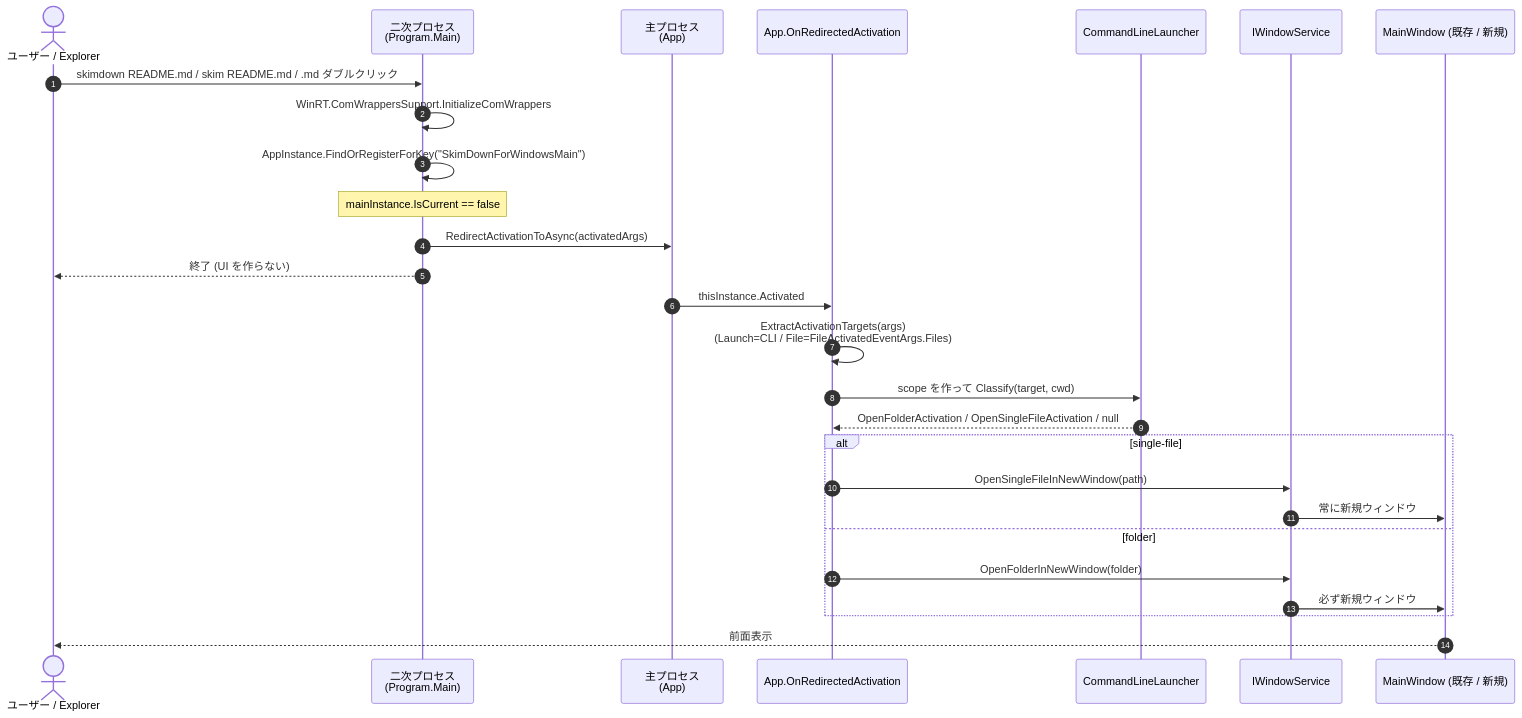
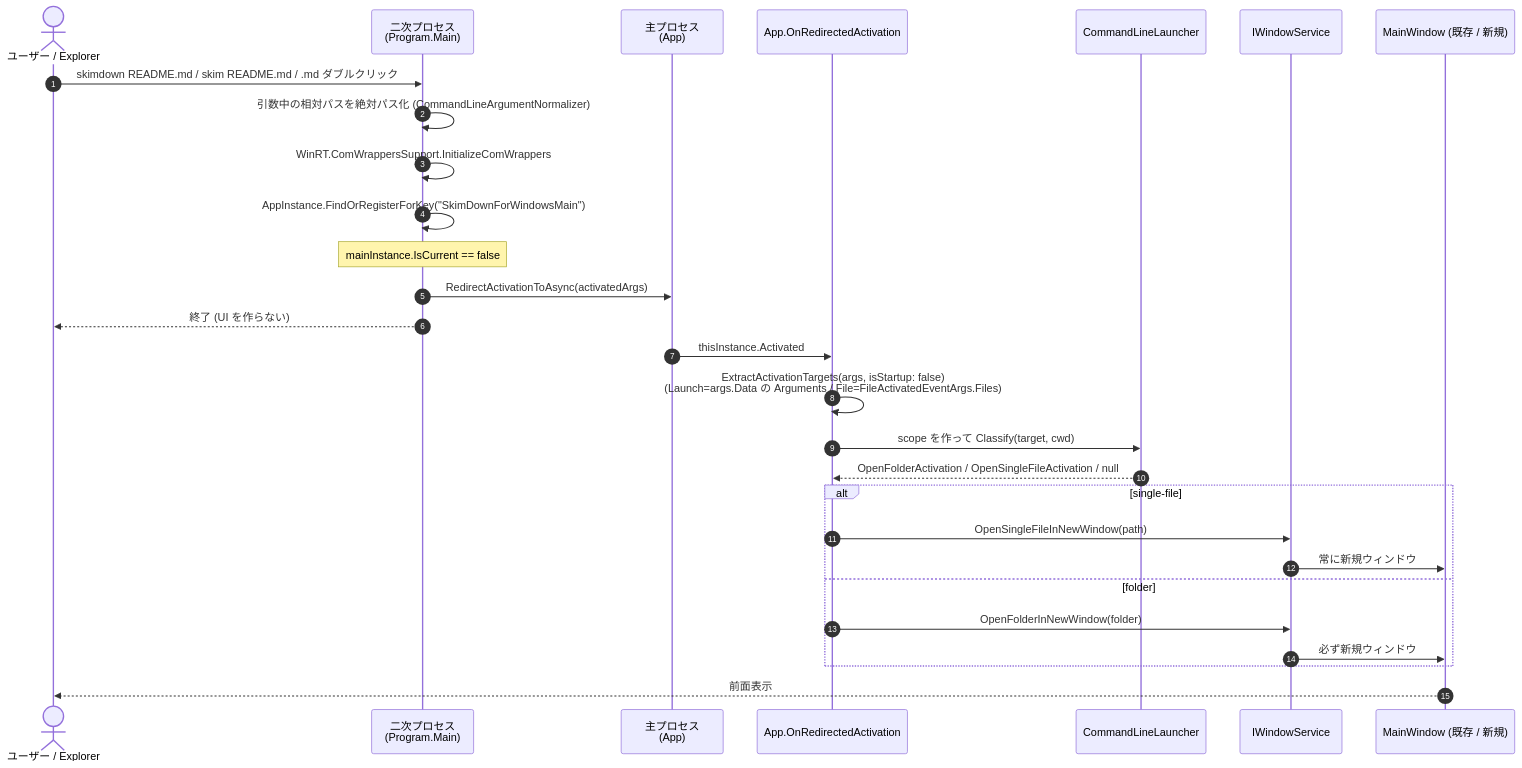
One commit to runceel/SkimDownForWindows changed the diagram in docs/activation-and-single-instance.md. Above: the diagram before and after it, drawn with Mermaid. The commit also changed other lines of this file and 7 other files, not shown here.

````diff
--- a/docs/activation-and-single-instance.md
+++ b/docs/activation-and-single-instance.md
@@ -9,30 +9,31 @@
 ```mermaid
 sequenceDiagram
     autonumber
     actor U as ユーザー / Explorer
     participant P2 as 二次プロセス<br/>(Program.Main)
     participant P1 as 主プロセス<br/>(App)
     participant App as App.OnRedirectedActivation
     participant CLI as CommandLineLauncher
     participant WS as IWindowService
     participant W as MainWindow (既存 / 新規)
 
     U->>P2: skimdown README.md / skim README.md / .md ダブルクリック
+    P2->>P2: 引数中の相対パスを絶対パス化 (CommandLineArgumentNormalizer)
     P2->>P2: WinRT.ComWrappersSupport.InitializeComWrappers
     P2->>P2: AppInstance.FindOrRegisterForKey("SkimDownForWindowsMain")
     Note over P2: mainInstance.IsCurrent == false
     P2->>P1: RedirectActivationToAsync(activatedArgs)
     P2-->>U: 終了 (UI を作らない)
     P1->>App: thisInstance.Activated
-    App->>App: ExtractActivationTargets(args)<br/>(Launch=CLI / File=FileActivatedEventArgs.Files)
+    App->>App: ExtractActivationTargets(args, isStartup: false)<br/>(Launch=args.Data の Arguments / File=FileActivatedEventArgs.Files)
     App->>CLI: scope を作って Classify(target, cwd)
     CLI-->>App: OpenFolderActivation / OpenSingleFileActivation / null
     alt single-file
         App->>WS: OpenSingleFileInNewWindow(path)
         WS->>W: 常に新規ウィンドウ
     else folder
         App->>WS: OpenFolderInNewWindow(folder)
         WS->>W: 必ず新規ウィンドウ
     end
     W-->>U: 前面表示
 ```
````
